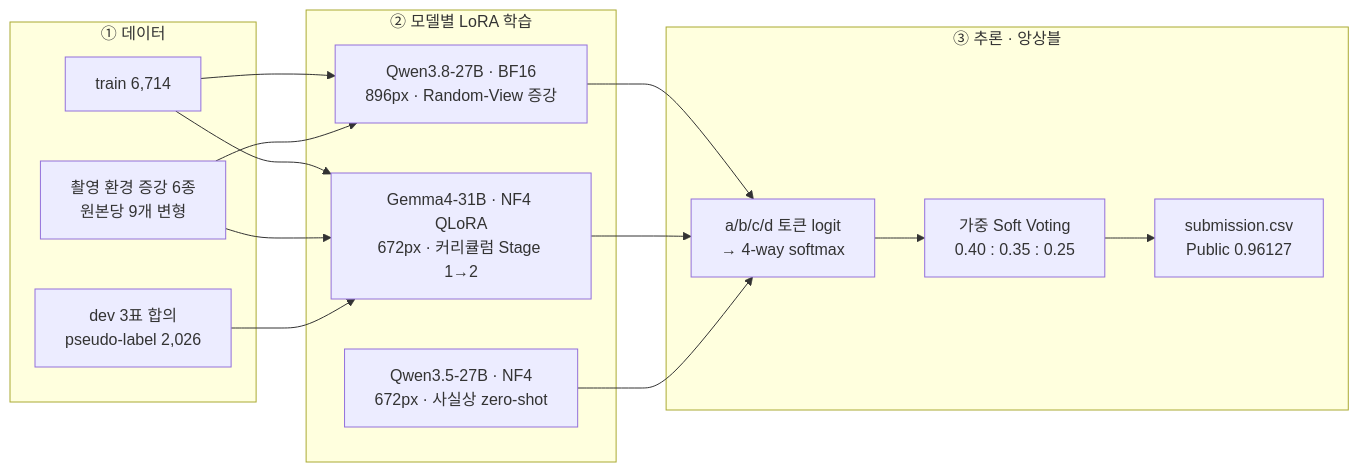
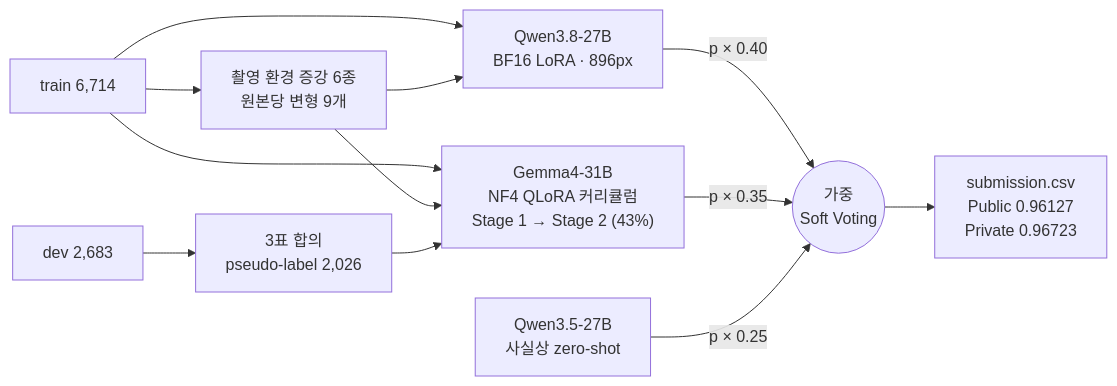
The diagram in README.md (ksh1004/SSAFY16-Daejeon-AIchallenge2), drawn with Mermaid before and after one commit. The commit also changed other lines of this file and 6 other files, not shown here.

````diff
--- a/README.md
+++ b/README.md
@@ -44,23 +115,12 @@
 ```mermaid
 flowchart LR
-    subgraph D["① 데이터"]
-        T["train 6,714"]
-        AUG["촬영 환경 증강 6종<br/>원본당 9개 변형"]
-        DEV["dev 3표 합의<br/>pseudo-label 2,026"]
-    end
-    subgraph M["② 모델별 LoRA 학습"]
-        Q38["Qwen3.8-27B · BF16<br/>896px · Random-View 증강"]
-        G31["Gemma4-31B · NF4 QLoRA<br/>672px · 커리큘럼 Stage 1→2"]
-        Q35["Qwen3.5-27B · NF4<br/>672px · 사실상 zero-shot"]
-    end
-    subgraph E["③ 추론 · 앙상블"]
-        P["a/b/c/d 토큰 logit<br/>→ 4-way softmax"]
-        SV["가중 Soft Voting<br/>0.40 : 0.35 : 0.25"]
-        S["submission.csv<br/>Public 0.96127"]
-    end
-    T --> Q38 & G31
-    AUG --> Q38 & G31
-    DEV --> G31
-    Q38 & G31 & Q35 --> P
-    P --> SV --> S
+    T["train 6,714"] --> AUG["촬영 환경 증강 6종<br/>원본당 변형 9개"]
+    DV["dev 2,683"] --> PL["3표 합의<br/>pseudo-label 2,026"]
+    T & AUG --> Q38["Qwen3.8-27B<br/>BF16 LoRA · 896px"]
+    T & AUG & PL --> G31["Gemma4-31B<br/>NF4 QLoRA 커리큘럼<br/>Stage 1 → Stage 2 (43%)"]
+    Q35["Qwen3.5-27B<br/>사실상 zero-shot"]
+    Q38 -- "p × 0.40" --> SV(("가중<br/>Soft Voting"))
+    G31 -- "p × 0.35" --> SV
+    Q35 -- "p × 0.25" --> SV
+    SV --> S["submission.csv<br/>Public 0.96127<br/>Private 0.96723"]
 ```
````
